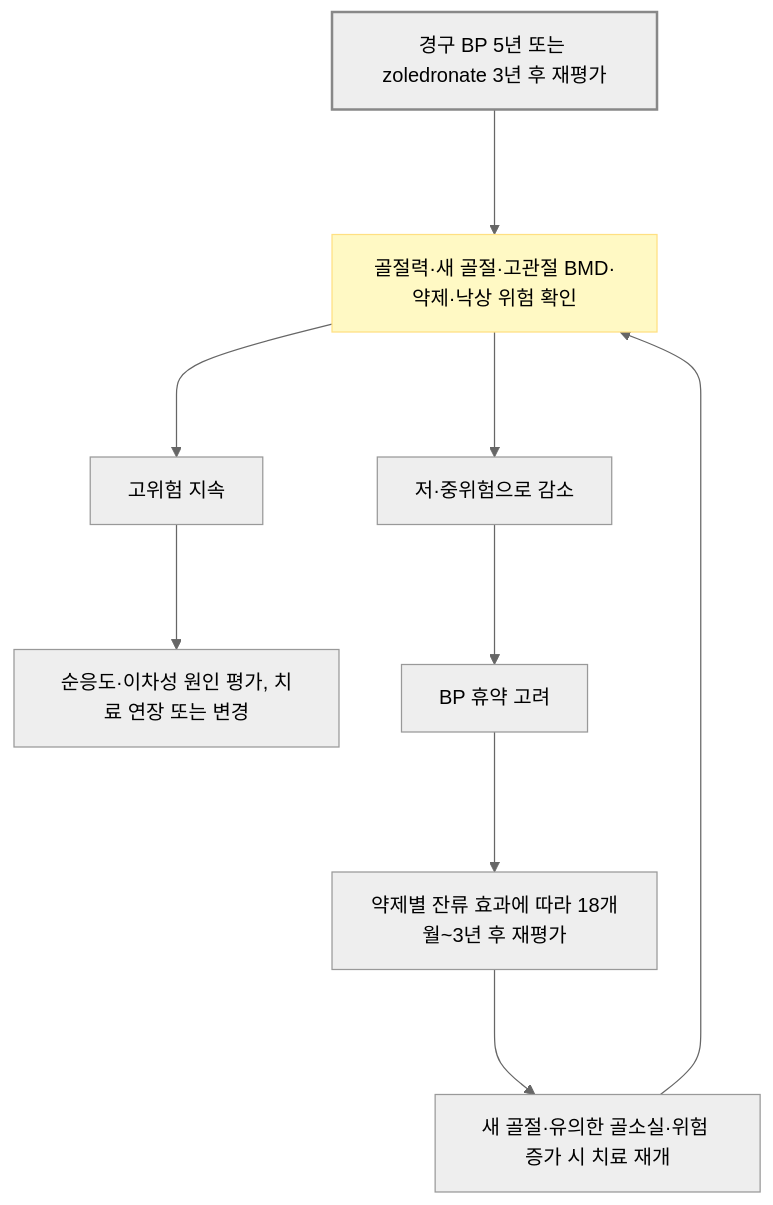
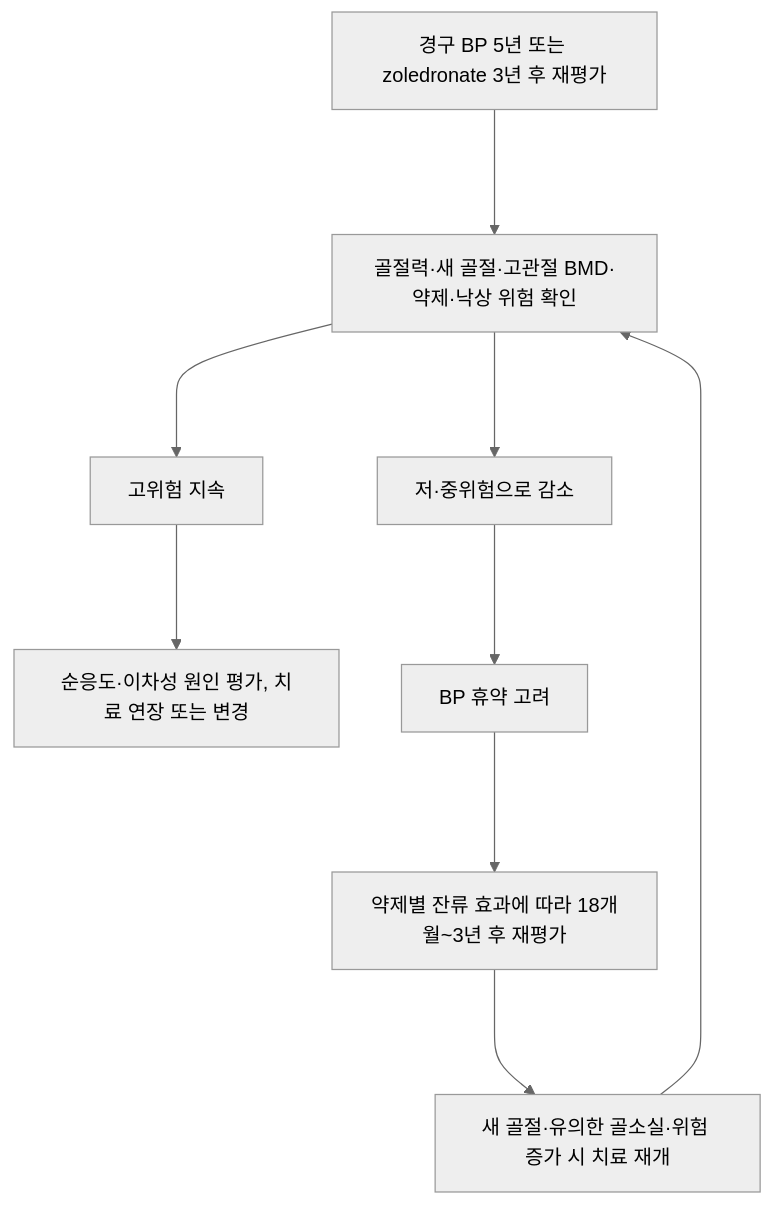
One commit to familyoh77/familyoh77 changed the second of 2 diagrams in 228_/149_-osteoporosis.md. Above: the diagram before and after it, drawn with Mermaid (neutral theme). The commit also changed other lines of this file and 9 other files, not shown here.

````diff
--- a/228_/149_-osteoporosis.md
+++ b/228_/149_-osteoporosis.md
@@ -423,16 +418,12 @@
 ```mermaid
-flowchart TD
+graph TD
     A["경구 BP 5년 또는 zoledronate 3년 후 재평가"]
     A ---> B["골절력·새 골절·고관절 BMD·약제·낙상 위험 확인"]
     B ---> H["고위험 지속"]
     B ---> L["저·중위험으로 감소"]
     H ---> C["순응도·이차성 원인 평가, 치료 연장 또는 변경"]
     L ---> D["BP 휴약 고려"]
     D ---> E["약제별 잔류 효과에 따라 18개월~3년 후 재평가"]
     E ---> R["새 골절·유의한 골소실·위험 증가 시 치료 재개"]
     R ---> B
-
-    classDef question fill:#fff9c4,stroke:#ffe082
-    class B question
-    style A fill:#eeeeee,stroke:#888888,stroke-width:2px
 ```
````
